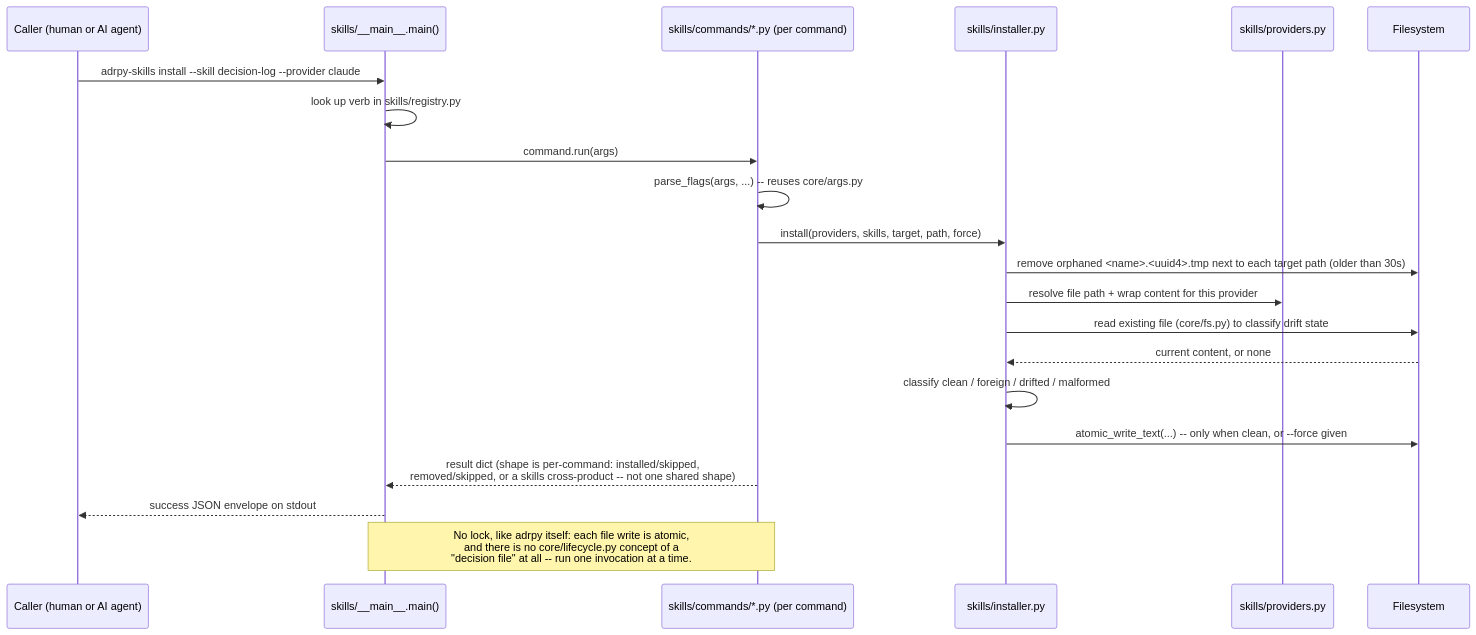
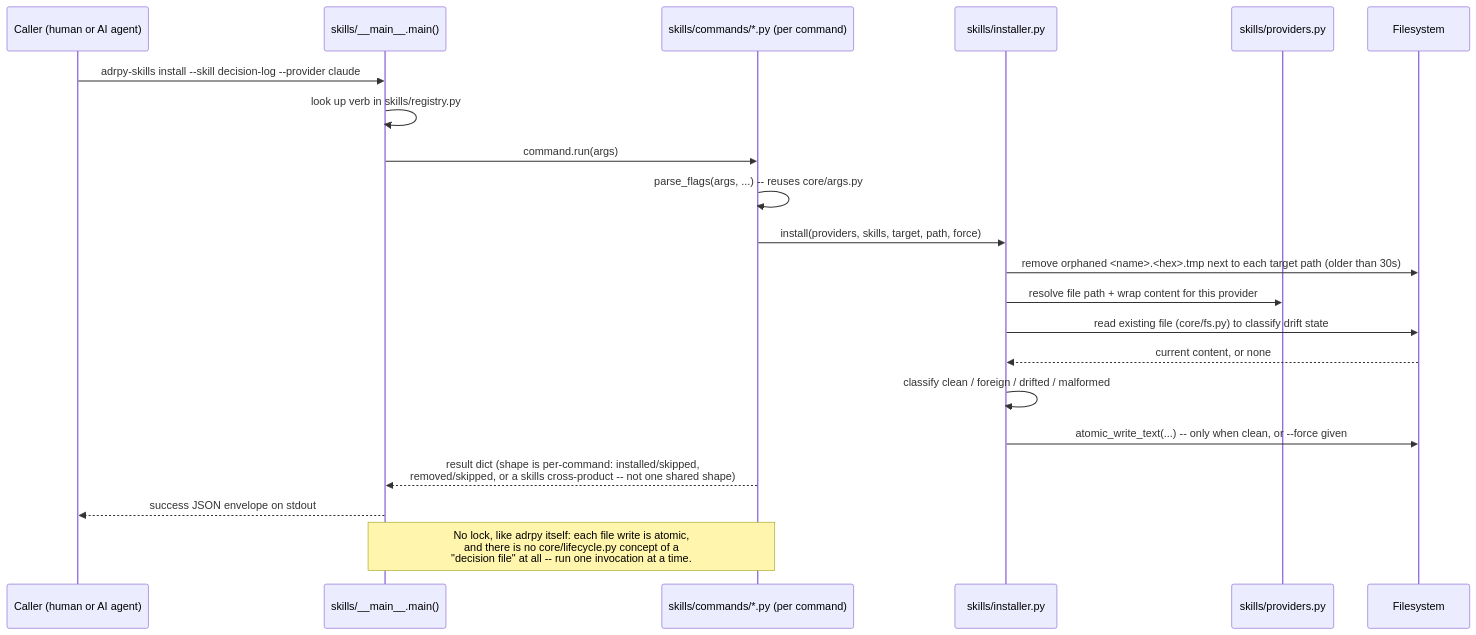
The sixth of 6 diagrams in doc/architecture.md (FRACerqueira/adrpy-ai), drawn with Mermaid before and after one commit. The commit also changed 55 other files, not shown here.

````diff
--- a/doc/architecture.md
+++ b/doc/architecture.md
@@ -307,25 +307,25 @@
 ```mermaid
 sequenceDiagram
     participant Caller as Caller (human or AI agent)
     participant Main as skills/__main__.main()
     participant Cmd as skills/commands/*.py (per command)
     participant Inst as skills/installer.py
     participant Prov as skills/providers.py
     participant FS as Filesystem
 
     Caller->>Main: adrpy-skills install --skill decision-log --provider claude
     Main->>Main: look up verb in skills/registry.py
     Main->>Cmd: command.run(args)
     Cmd->>Cmd: parse_flags(args, ...) -- reuses core/args.py
     Cmd->>Inst: install(providers, skills, target, path, force)
-    Inst->>FS: remove orphaned <name>.<uuid4>.tmp next to each target path (older than 30s)
+    Inst->>FS: remove orphaned <name>.<hex>.tmp next to each target path (older than 30s)
     Inst->>Prov: resolve file path + wrap content for this provider
     Inst->>FS: read existing file (core/fs.py) to classify drift state
     FS-->>Inst: current content, or none
     Inst->>Inst: classify clean / foreign / drifted / malformed
     Inst->>FS: atomic_write_text(...) -- only when clean, or --force given
     Cmd-->>Main: result dict (shape is per-command: installed/skipped,<br/>removed/skipped, or a skills cross-product -- not one shared shape)
     Main-->>Caller: success JSON envelope on stdout
 
     Note over Cmd,Main: No lock, like adrpy itself: each file write is atomic,<br/>and there is no core/lifecycle.py concept of a<br/>"decision file" at all -- run one invocation at a time.
 ```
````
